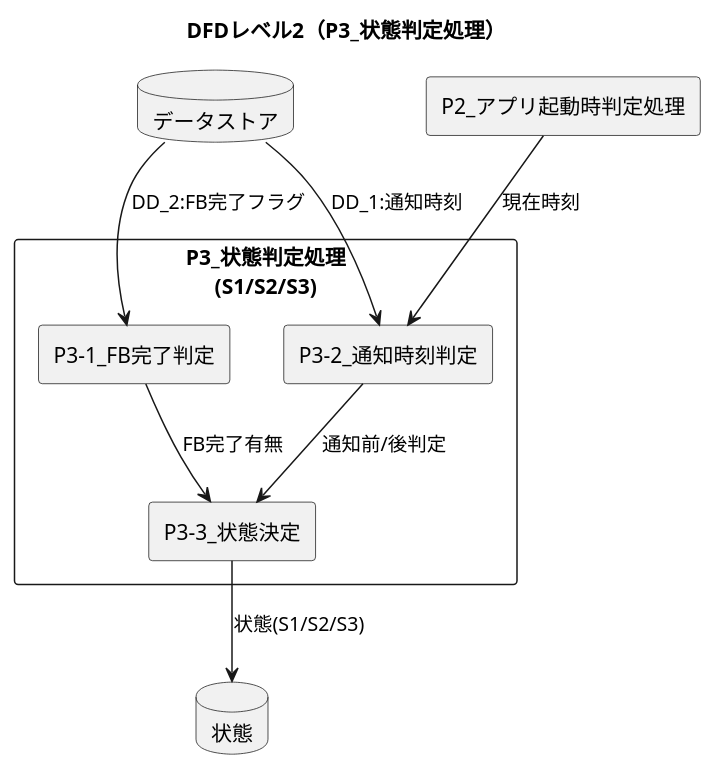
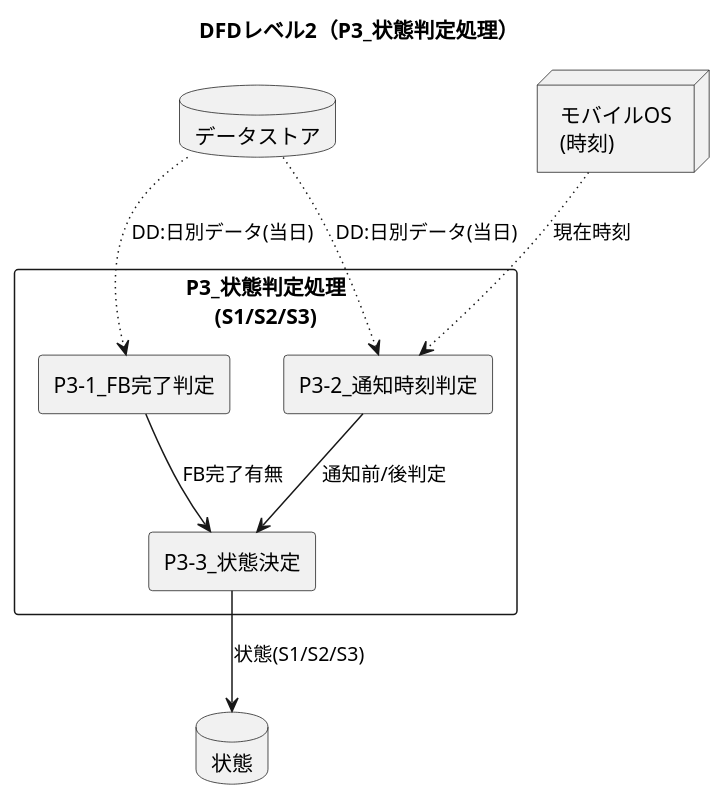
The diagram in assets/specifications/詳細設計/DFD/DFD2_P3.pu (akamatrixxx/justtime), drawn with PlantUML before and after one commit. The commit also changed 8 other files, not shown here.

```diff
--- a/assets/specifications/詳細設計/DFD/DFD2_P3.pu
+++ b/assets/specifications/詳細設計/DFD/DFD2_P3.pu
@@ -1,30 +1,31 @@
 @startuml
 title DFDレベル2（P3_状態判定処理）
 
 ' left to right direction
 
 database "データストア" as DB
 database "状態" as State
+node "モバイルOS\n(時刻)" as OS
 
-rectangle P2 as "P2_アプリ起動時判定処理"
+' rectangle P2 as "P2_アプリ起動時判定処理"
 
 rectangle P3 as "P3_状態判定処理\n(S1/S2/S3)" {
 ' --- 下位プロセス ---
 rectangle P3_1 as "P3-1_FB完了判定"
 rectangle P3_2 as "P3-2_通知時刻判定"
 rectangle P3_3 as "P3-3_状態決定"
 
 }
 ' --- 入力 ---
-DB --> P3_1 : DD_2:FB完了フラグ
-DB --> P3_2 : DD_1:通知時刻
-P2 --> P3_2 : 現在時刻
+DB -[dotted]-> P3_1 : DD:日別データ(当日)
+DB -[dotted]-> P3_2 : DD:日別データ(当日)
+OS -[dotted]-> P3_2 : 現在時刻
 
 ' --- プロセス間 ---
 P3_1 --> P3_3 : FB完了有無
 P3_2 --> P3_3 : 通知前/後判定
 
 ' --- 出力 ---
 P3_3 --> State : 状態(S1/S2/S3)
 
 @enduml
```
